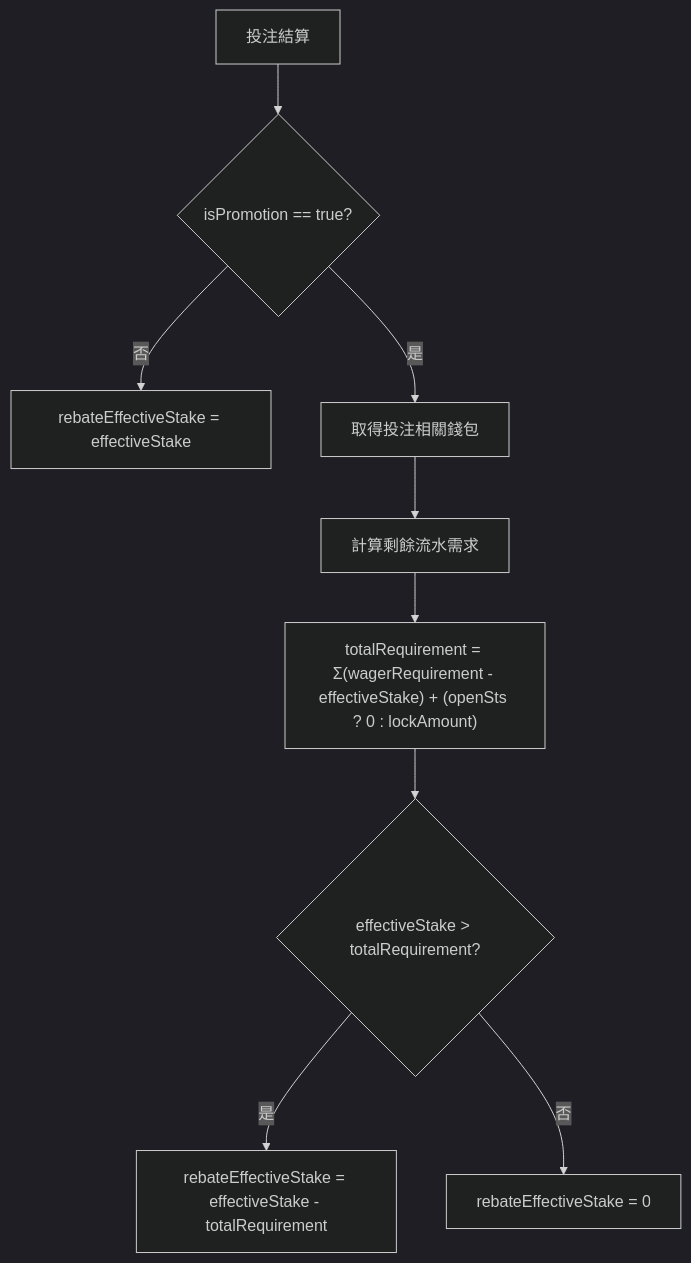
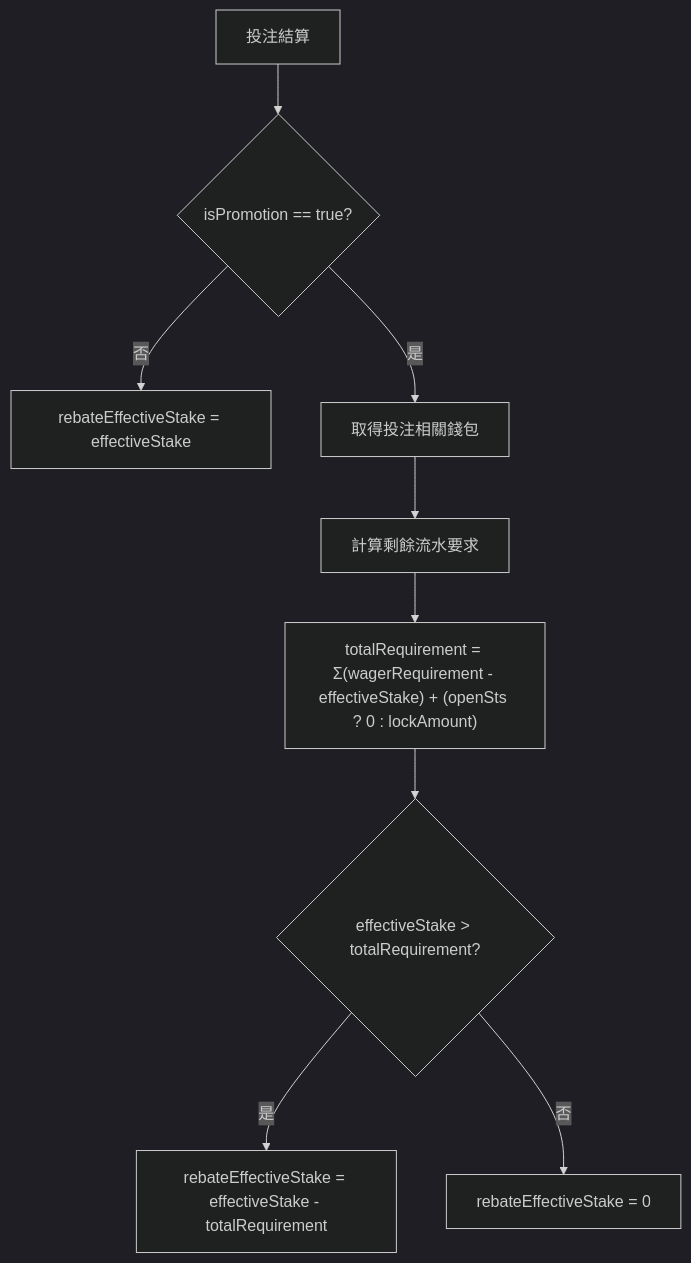
One commit to ron03wlb/smart-admin changed the fifth of 6 diagrams in docs/IGaming/02_Finance_Center/02-04-diagrams/02-04-02_Calculation_Logic.md. Above: the diagram before and after it, drawn with Mermaid (dark theme). The commit also changed other lines of this file and 14 other files, not shown here.

First line of the commit message:
fix(docs): 修正 IGaming 文檔中所有 Mermaid stateDiagram 'end note' 語法錯誤

````diff
--- a/docs/IGaming/02_Finance_Center/02-04-diagrams/02-04-02_Calculation_Logic.md
+++ b/docs/IGaming/02_Finance_Center/02-04-diagrams/02-04-02_Calculation_Logic.md
@@ -205,11 +195,11 @@
 ```mermaid
 flowchart TD
     A[投注結算] --> B{isPromotion == true?}
     B -->|否| C["rebateEffectiveStake = effectiveStake"]
     B -->|是| D[取得投注相關錢包]
-    D --> E[計算剩餘流水需求]
+    D --> E[計算剩餘流水要求]
     E --> F["totalRequirement = Σ(wagerRequirement - effectiveStake) + (openSts ? 0 : lockAmount)"]
     F --> G{effectiveStake > totalRequirement?}
     G -->|是| H["rebateEffectiveStake = effectiveStake - totalRequirement"]
     G -->|否| I["rebateEffectiveStake = 0"]
 ```
````
